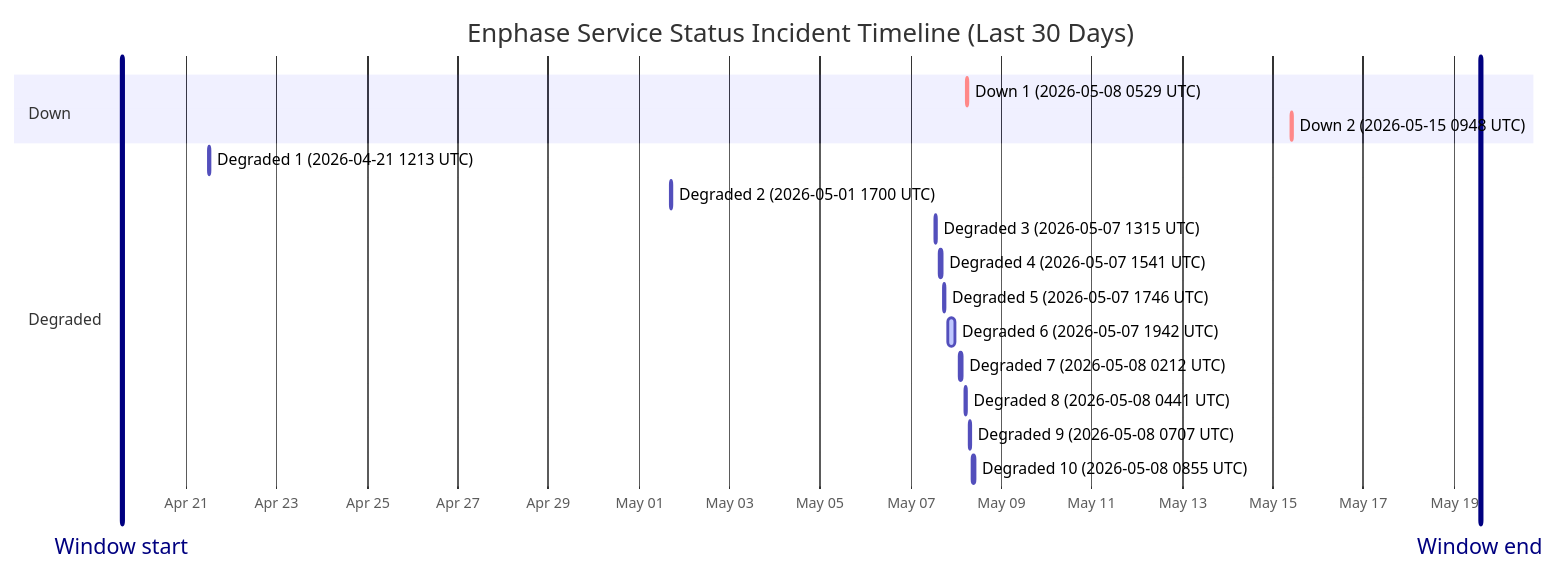
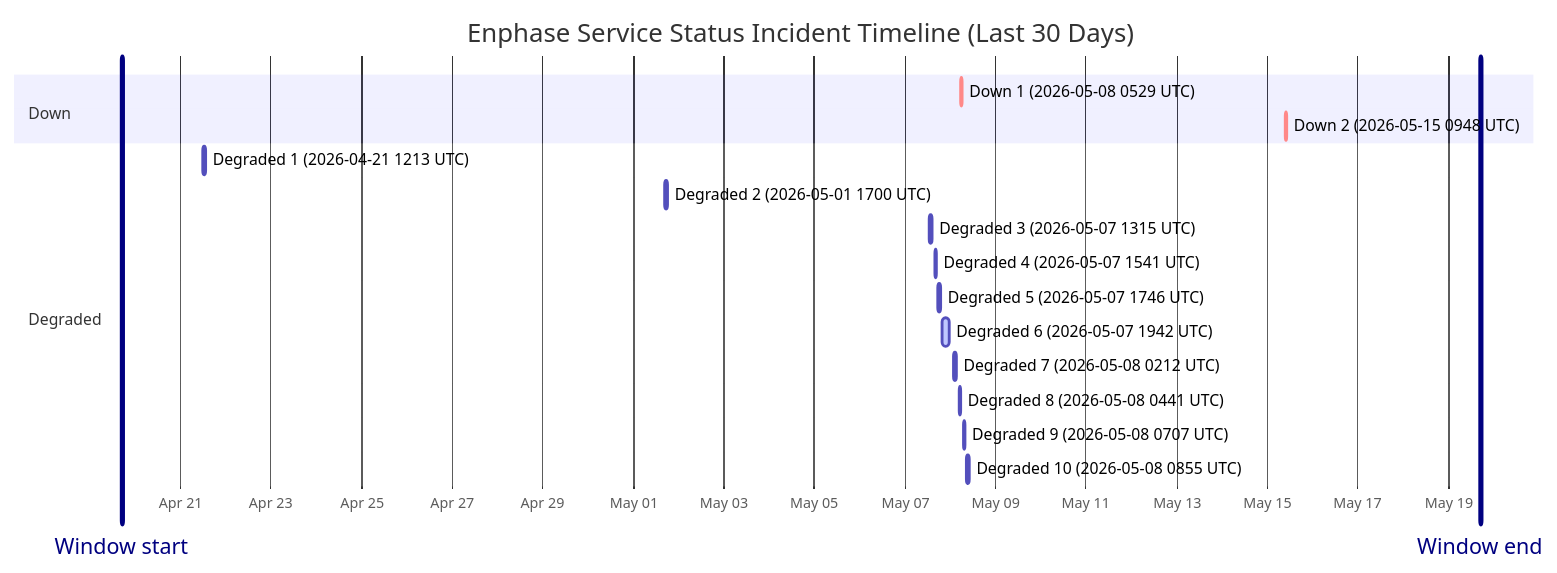
One commit to barneyonline/ha-enphase-ev-charger changed the diagram in wiki/Service-Status-History.md. Above: the diagram before and after it, drawn with Mermaid. The commit also changed other lines of this file and 3 other files, not shown here.

````diff
--- a/wiki/Service-Status-History.md
+++ b/wiki/Service-Status-History.md
@@ -14,22 +14,22 @@
 ```mermaid
 gantt
     title Enphase Service Status Incident Timeline (Last 30 Days)
     dateFormat  YYYY-MM-DDTHH:mm:ss
     axisFormat  %b %d
-    Window start :vert, window-start, 2026-04-19T13:54:40, 0ms
-    Window end :vert, window-end, 2026-05-19T13:54:40, 0ms
+    Window start :vert, window-start, 2026-04-19T16:49:18, 0ms
+    Window end :vert, window-end, 2026-05-19T16:49:18, 0ms
     section Down
     Down 1 (2026-05-08 0529 UTC) :crit, down-1, 2026-05-08T05:29:47, 60m
     Down 2 (2026-05-15 0948 UTC) :crit, down-2, 2026-05-15T09:48:18, 60m
     section Degraded
     Degraded 1 (2026-04-21 1213 UTC) :active, degraded-1, 2026-04-21T12:13:11, 60m
     Degraded 2 (2026-05-01 1700 UTC) :active, degraded-2, 2026-05-01T17:00:22, 60m
     Degraded 3 (2026-05-07 1315 UTC) :active, degraded-3, 2026-05-07T13:15:25, 60m
     Degraded 4 (2026-05-07 1541 UTC) :active, degraded-4, 2026-05-07T15:41:58, 60m
     Degraded 5 (2026-05-07 1746 UTC) :active, degraded-5, 2026-05-07T17:46:51, 60m
     Degraded 6 (2026-05-07 1942 UTC) :active, degraded-6, 2026-05-07T19:42:10, 249m
     Degraded 7 (2026-05-08 0212 UTC) :active, degraded-7, 2026-05-08T02:12:39, 60m
     Degraded 8 (2026-05-08 0441 UTC) :active, degraded-8, 2026-05-08T04:41:46, 60m
     Degraded 9 (2026-05-08 0707 UTC) :active, degraded-9, 2026-05-08T07:07:30, 60m
     Degraded 10 (2026-05-08 0855 UTC) :active, degraded-10, 2026-05-08T08:55:20, 88m
 ```
````
